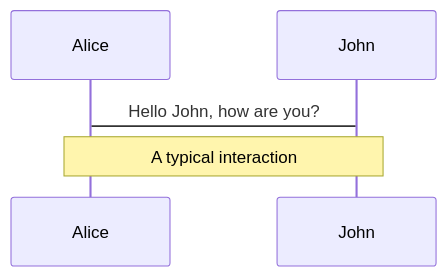
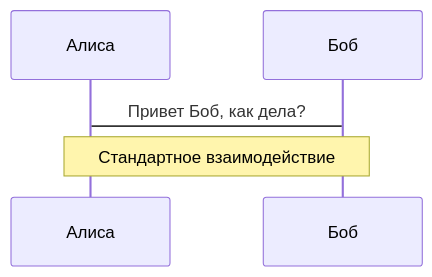
The first of 2 diagrams in slides.md (dev-gvs/course-work-slidev), drawn with Mermaid before and after one commit. The commit also changed other lines of this file and 1 other file, not shown here.

````diff
--- a/slides.md
+++ b/slides.md
@@ -330,5 +308,5 @@
 ```mermaid {scale: 0.9}
 sequenceDiagram
-    Alice->John: Hello John, how are you?
-    Note over Alice,John: A typical interaction
+    Алиса->Боб: Привет Боб, как дела?
+    Note over Алиса,Боб: Стандартное взаимодействие
 ```
````
